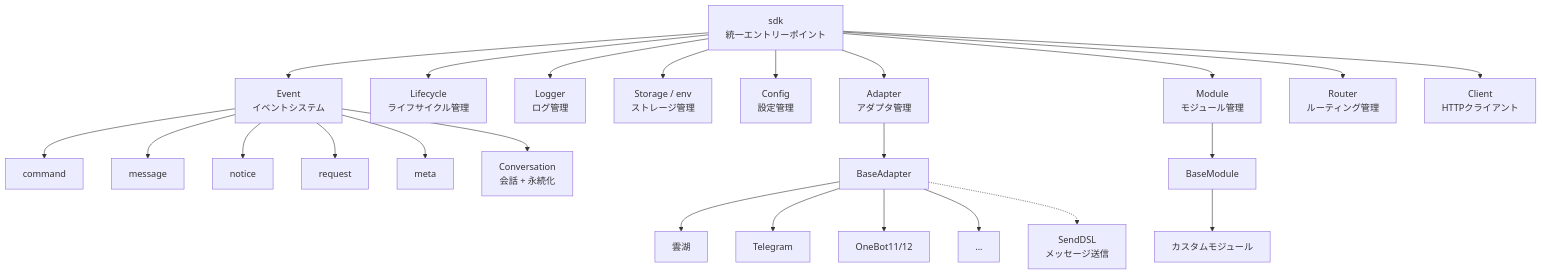
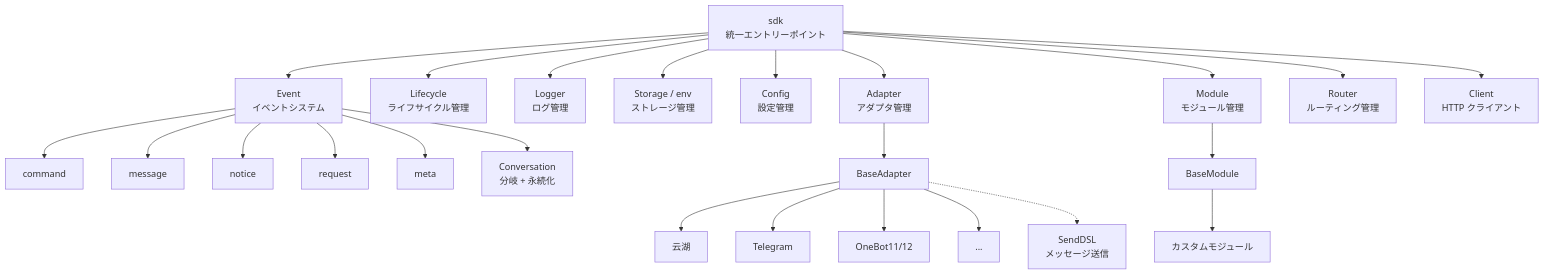
The first of 10 diagrams in docs/ja/architecture.md (ErisPulse/ErisPulse), drawn with Mermaid before and after one commit. The commit also changed other lines of this file and 828 other files, not shown here.

````diff
--- a/docs/ja/architecture.md
+++ b/docs/ja/architecture.md
@@ -9,31 +12,31 @@
 ```mermaid
 graph TB
     SDK["sdk<br/>統一エントリーポイント"]
 
     SDK --> Event["Event<br/>イベントシステム"]
     SDK --> Lifecycle["Lifecycle<br/>ライフサイクル管理"]
     SDK --> Logger["Logger<br/>ログ管理"]
     SDK --> Storage["Storage / env<br/>ストレージ管理"]
     SDK --> Config["Config<br/>設定管理"]
     SDK --> AdapterMgr["Adapter<br/>アダプタ管理"]
     SDK --> ModuleMgr["Module<br/>モジュール管理"]
     SDK --> Router["Router<br/>ルーティング管理"]
-    SDK --> Client["Client<br/>HTTPクライアント"]
+    SDK --> Client["Client<br/>HTTP クライアント"]
     Event --> Command["command"]
     Event --> Message["message"]
     Event --> Notice["notice"]
     Event --> Request["request"]
     Event --> Meta["meta"]
-    Event --> Conversation["Conversation<br/>会話 + 永続化"]
+    Event --> Conversation["Conversation<br/>分岐 + 永続化"]
 
     AdapterMgr --> BaseAdapter["BaseAdapter"]
-    BaseAdapter --> P1["雲湖"]
+    BaseAdapter --> P1["云湖"]
     BaseAdapter --> P2["Telegram"]
     BaseAdapter --> P3["OneBot11/12"]
     BaseAdapter --> PN["..."]
 
     ModuleMgr --> BaseModule["BaseModule"]
     BaseModule --> CM["カスタムモジュール"]
 
     BaseAdapter -.-> SendDSL["SendDSL<br/>メッセージ送信"]
 ```
````
